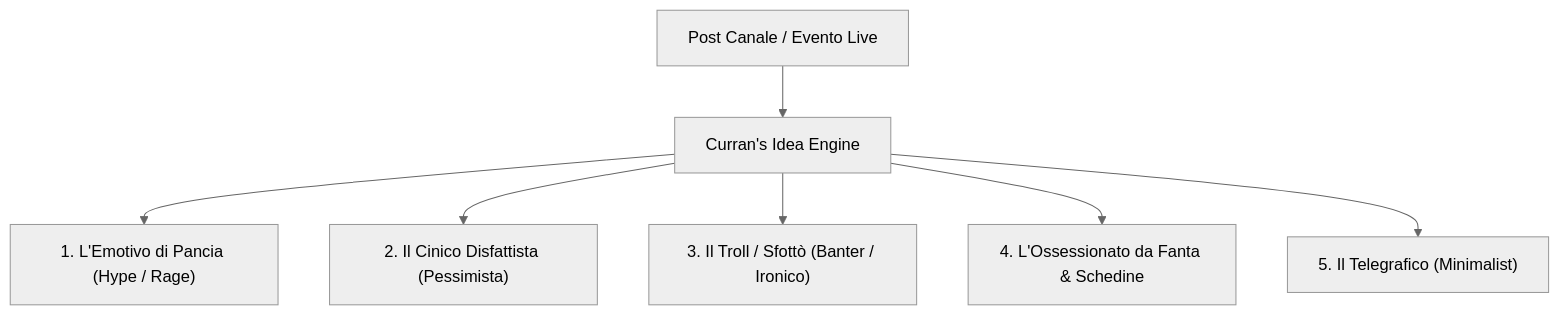
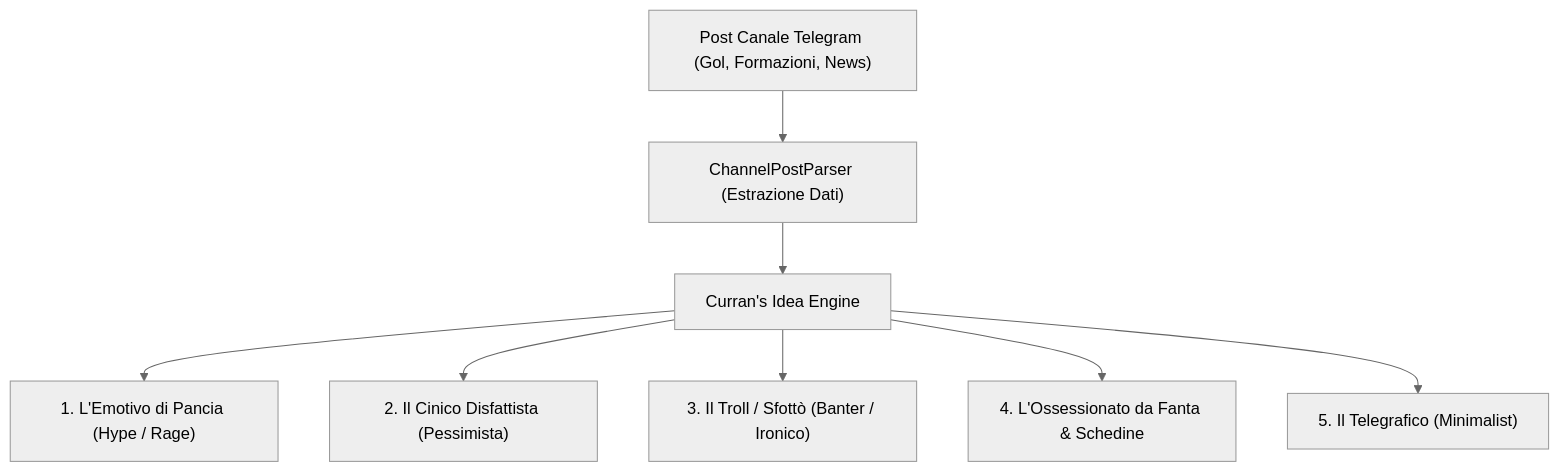
The diagram in README.md (CurranXMatte/humans-as-currans-idea), drawn with Mermaid (neutral theme) before and after one commit. The commit also changed other lines of this file and 4 other files, not shown here.

Commit message:
feat: intelligent channel post parser and contextual comment engine

````diff
--- a/README.md
+++ b/README.md
@@ -32,9 +41,10 @@
 ```mermaid
 flowchart TD
-    Post["Post Canale / Evento Live"] --> Engine["Curran's Idea Engine"]
+    Post["Post Canale Telegram (Gol, Formazioni, News)"] --> Parser["ChannelPostParser (Estrazione Dati)"]
+    Parser --> Engine["Curran's Idea Engine"]
     Engine --> P1["1. L'Emotivo di Pancia (Hype / Rage)"]
     Engine --> P2["2. Il Cinico Disfattista (Pessimista)"]
     Engine --> P3["3. Il Troll / Sfottò (Banter / Ironico)"]
     Engine --> P4["4. L'Ossessionato da Fanta & Schedine"]
     Engine --> P5["5. Il Telegrafico (Minimalist)"]
 ```
````
